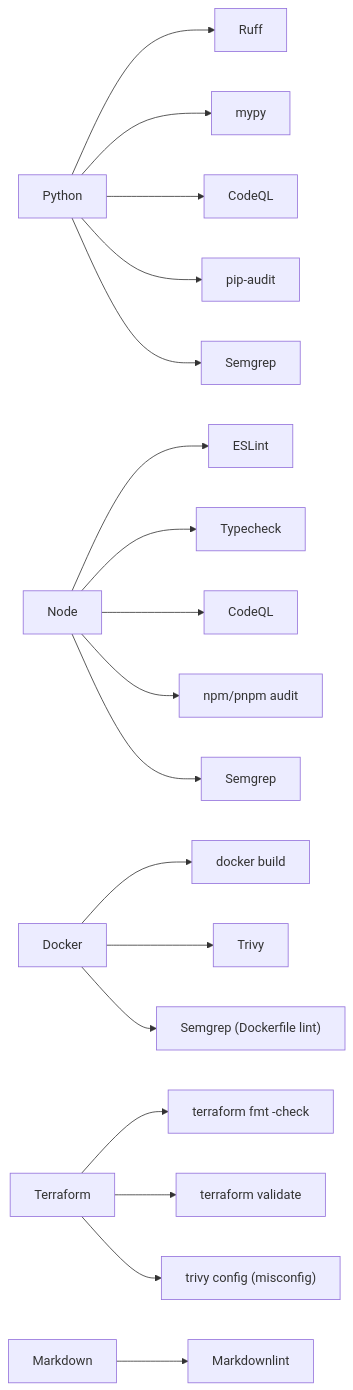
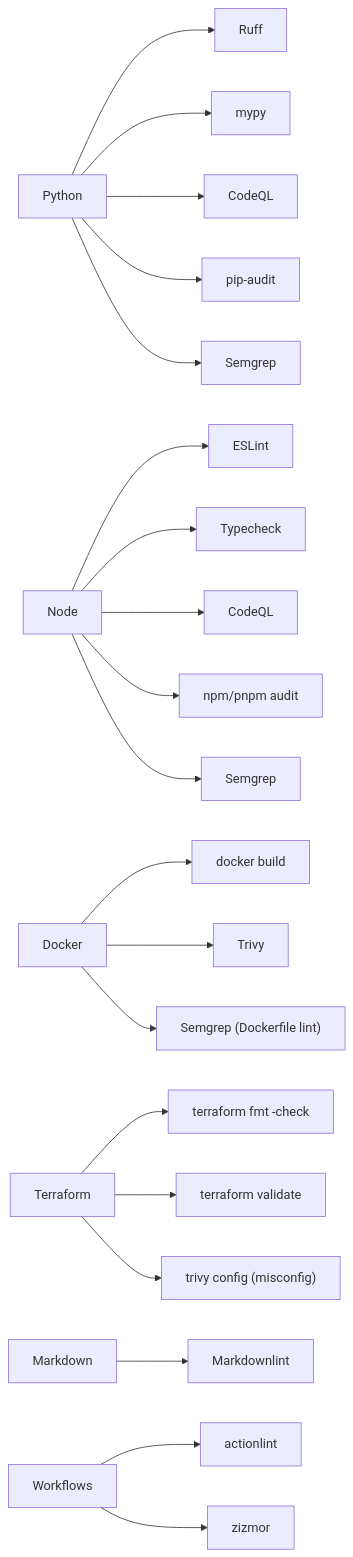
One commit to ops-lane/checks-toolkit changed the first of 5 diagrams in docs/workflows.md. Above: the diagram before and after it, drawn with Mermaid. The commit also changed other lines of this file and 40 other files, not shown here.

````diff
--- a/docs/workflows.md
+++ b/docs/workflows.md
@@ -76,20 +81,22 @@
 ```mermaid
 flowchart LR
     Python --> Ruff
     Python --> mypy
     Python --> CodeQL_py[CodeQL]
     Python --> PipAudit[pip-audit]
     Python --> Semgrep_py[Semgrep]
     Node --> ESLint
     Node --> Typecheck
     Node --> CodeQL_js[CodeQL]
     Node --> NpmAudit["npm/pnpm audit"]
     Node --> Semgrep_js[Semgrep]
     Docker --> Build[docker build]
     Docker --> Trivy
     Docker --> Semgrep_docker["Semgrep (Dockerfile lint)"]
     Terraform --> Fmt["terraform fmt -check"]
     Terraform --> Validate[terraform validate]
     Terraform --> TrivyConfig["trivy config (misconfig)"]
     Markdown --> Markdownlint
+    Workflows --> Actionlint[actionlint]
+    Workflows --> Zizmor[zizmor]
 ```
````
